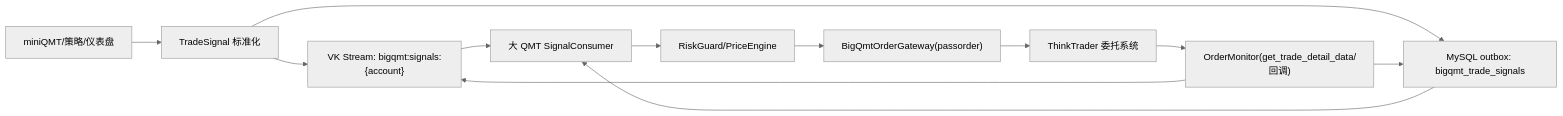
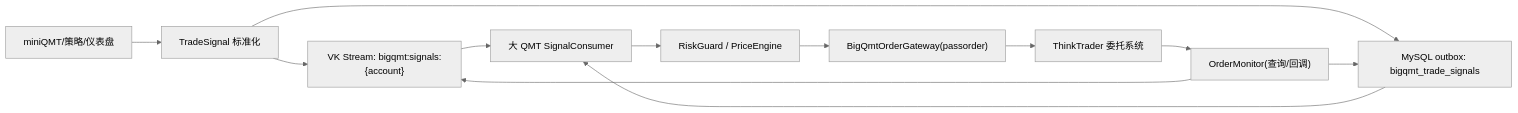
Before and after one commit to evilpapa/xtquant-big-convert: the first of 3 diagrams in docs/BIGQMT_SIGNAL_TRADER_PLAN.md, drawn with Mermaid (neutral theme). The commit also changed other lines of this file and 50 other files, not shown here.

````diff
--- a/docs/BIGQMT_SIGNAL_TRADER_PLAN.md
+++ b/docs/BIGQMT_SIGNAL_TRADER_PLAN.md
@@ -52,14 +19,14 @@
 ```mermaid
 flowchart LR
     A["miniQMT/策略/仪表盘"] --> B["TradeSignal 标准化"]
     B --> C["VK Stream: bigqmt:signals:{account}"]
     B --> D["MySQL outbox: bigqmt_trade_signals"]
     C --> E["大 QMT SignalConsumer"]
     D --> E
-    E --> F["RiskGuard/PriceEngine"]
+    E --> F["RiskGuard / PriceEngine"]
     F --> G["BigQmtOrderGateway(passorder)"]
     G --> H["ThinkTrader 委托系统"]
-    H --> I["OrderMonitor(get_trade_detail_data/回调)"]
+    H --> I["OrderMonitor(查询/回调)"]
     I --> C
     I --> D
 ```
````
